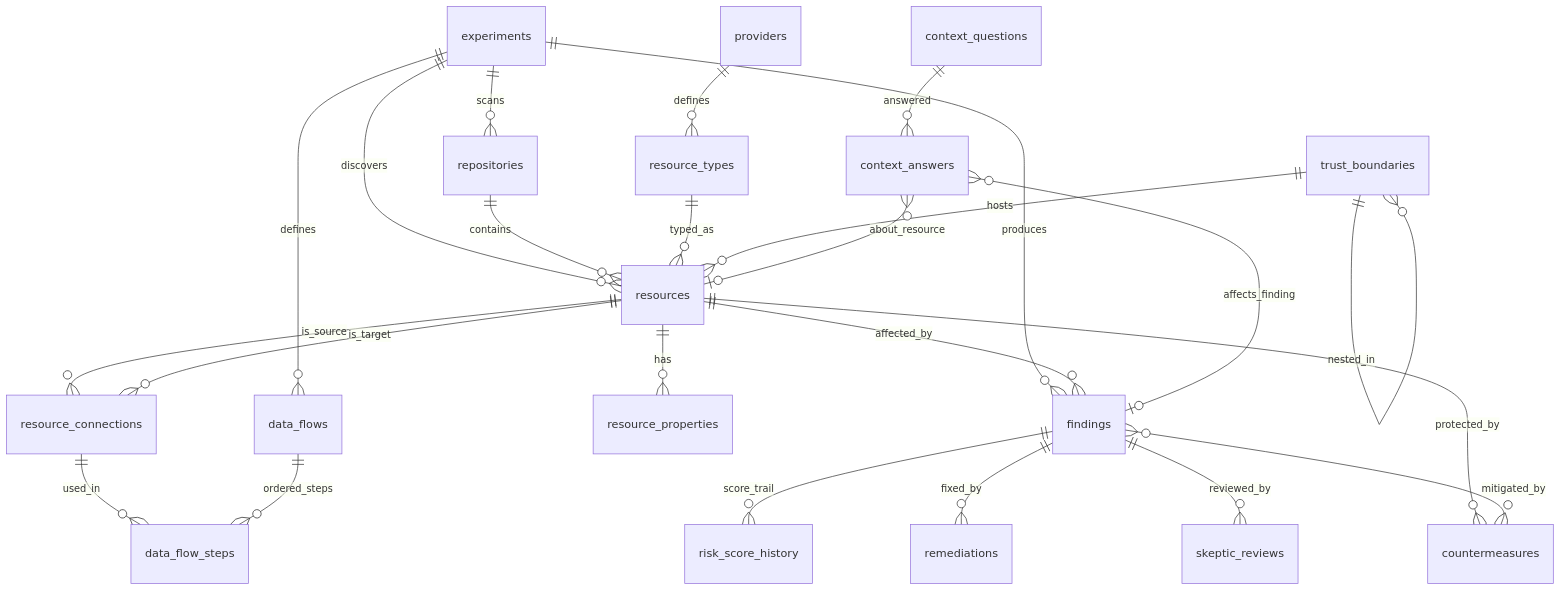
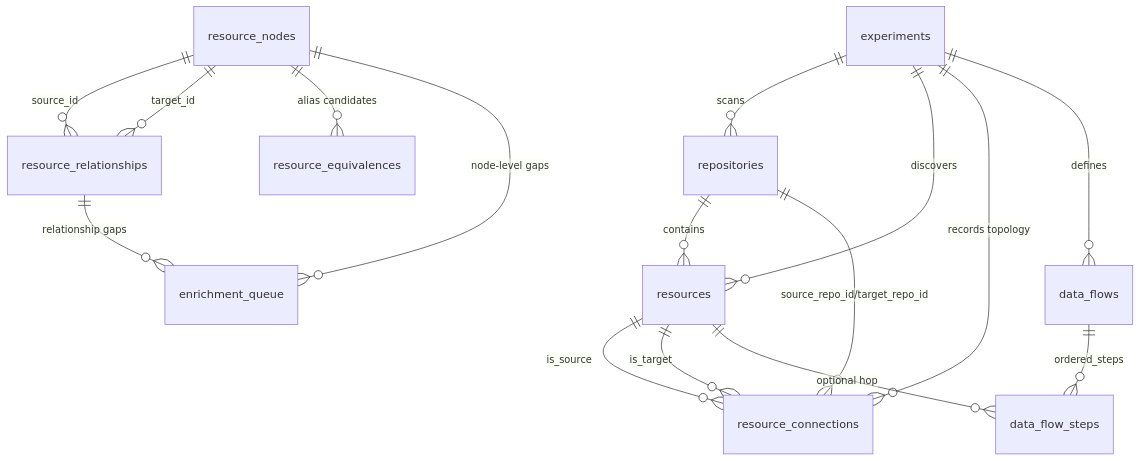
One commit to Reedboot/Triage-Saurus changed the diagram in Docs/DatabaseSchema.md. Above: the diagram before and after it, drawn with Mermaid. The commit also changed other lines of this file and 12 other files, not shown here.

````diff
--- a/Docs/DatabaseSchema.md
+++ b/Docs/DatabaseSchema.md
@@ -26,32 +26,21 @@
 ```mermaid
 erDiagram
-    experiments ||--o{ repositories        : "scans"
-    experiments ||--o{ resources           : "discovers"
-    experiments ||--o{ findings            : "produces"
-    experiments ||--o{ data_flows          : "defines"
+    experiments   ||--o{ repositories          : "scans"
+    experiments   ||--o{ resources             : "discovers"
+    experiments   ||--o{ resource_connections  : "records topology"
+    experiments   ||--o{ data_flows            : "defines"
 
-    repositories ||--o{ resources          : "contains"
+    repositories  ||--o{ resources             : "contains"
+    repositories  ||--o{ resource_connections  : "source_repo_id/target_repo_id"
 
-    providers         ||--o{ resource_types     : "defines"
-    resource_types    ||--o{ resources          : "typed_as"
-    trust_boundaries  ||--o{ resources          : "hosts"
-    trust_boundaries  ||--o{ trust_boundaries   : "nested_in"
+    resources     ||--o{ resource_connections  : "is_source"
+    resources     ||--o{ resource_connections  : "is_target"
+    data_flows    ||--o{ data_flow_steps       : "ordered_steps"
+    resources     ||--o{ data_flow_steps       : "optional hop"
 
-    resources ||--o{ resource_properties   : "has"
-    resources ||--o{ resource_connections  : "is_source"
-    resources ||--o{ resource_connections  : "is_target"
-    resources ||--o{ findings              : "affected_by"
-    resources ||--o{ countermeasures       : "protected_by"
-
-    resource_connections ||--o{ data_flow_steps : "used_in"
-    data_flows           ||--o{ data_flow_steps : "ordered_steps"
-
-    findings        ||--o{ risk_score_history : "score_trail"
-    findings        ||--o{ remediations       : "fixed_by"
-    findings        ||--o{ skeptic_reviews    : "reviewed_by"
-    findings        }o--o{ countermeasures    : "mitigated_by"
-
-    context_questions ||--o{ context_answers  : "answered"
-    context_answers   }o--o| resources        : "about_resource"
-    context_answers   }o--o| findings         : "affects_finding"
+    resource_nodes         ||--o{ resource_relationships : "source_id"
+    resource_nodes         ||--o{ resource_relationships : "target_id"
+    resource_nodes         ||--o{ resource_equivalences  : "alias candidates"
+    resource_nodes         ||--o{ enrichment_queue       : "node-level gaps"
+    resource_relationships ||--o{ enrichment_queue       : "relationship gaps"
 ```
````
